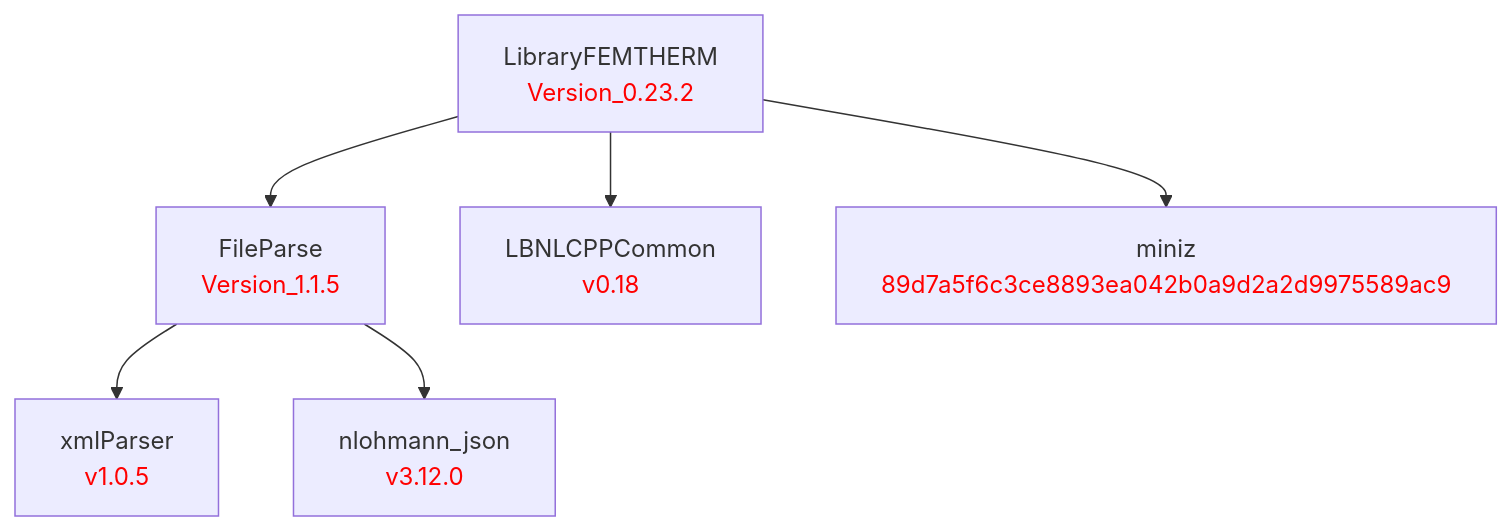
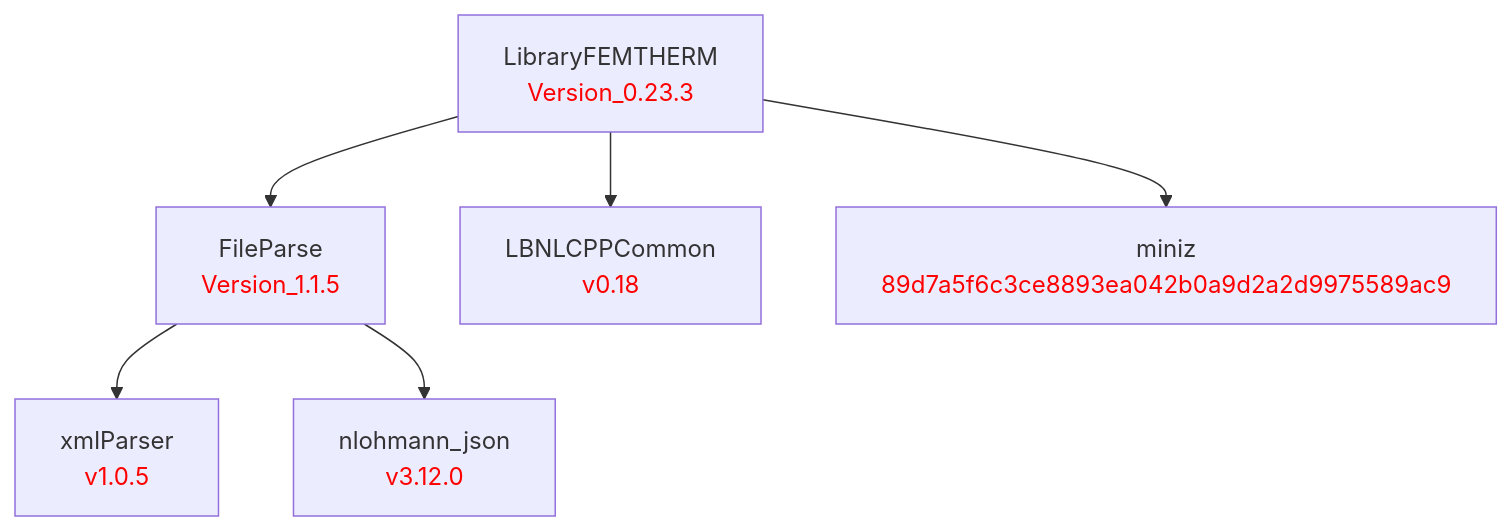
Before and after one commit to LBNL-ETA/LibraryFEMTherm: the diagram in doc/LibraryFEMTHERM.md, drawn with Mermaid. The commit also changed 1 other file, not shown here.

Commit message:
Bump to Version_0.23.3

````diff
--- a/doc/LibraryFEMTHERM.md
+++ b/doc/LibraryFEMTHERM.md
@@ -1,17 +1,17 @@
 ```mermaid
 graph TD
     %% Package definitions
     xmlParser[xmlParser<br/><font color='red'>v1.0.5</font>]
     nlohmann_json[nlohmann_json<br/><font color='red'>v3.12.0</font>]
     FileParse[FileParse<br/><font color='red'>Version_1.1.5</font>]
     LBNLCPPCommon[LBNLCPPCommon<br/><font color='red'>v0.18</font>]
     miniz[miniz<br/><font color='red'>89d7a5f6c3ce8893ea042b0a9d2a2d9975589ac9</font>]
-    LibraryFEMTHERM[LibraryFEMTHERM<br/><font color='red'>Version_0.23.2</font>]
+    LibraryFEMTHERM[LibraryFEMTHERM<br/><font color='red'>Version_0.23.3</font>]
 
     %% Package relations
     LibraryFEMTHERM --> FileParse
     LibraryFEMTHERM --> LBNLCPPCommon
     LibraryFEMTHERM --> miniz
     FileParse --> xmlParser
     FileParse --> nlohmann_json
 ```
````
